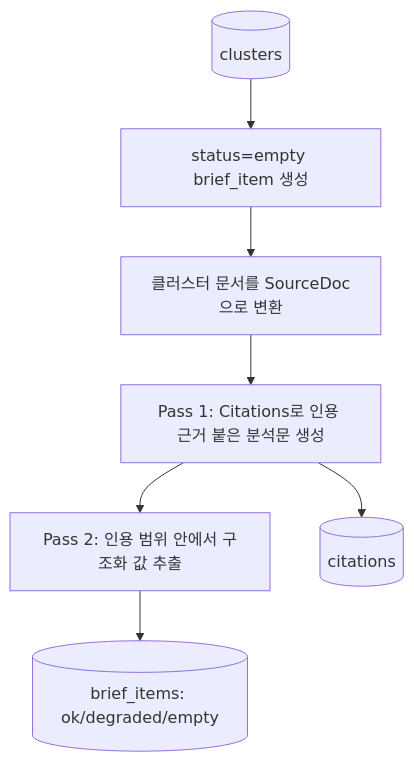
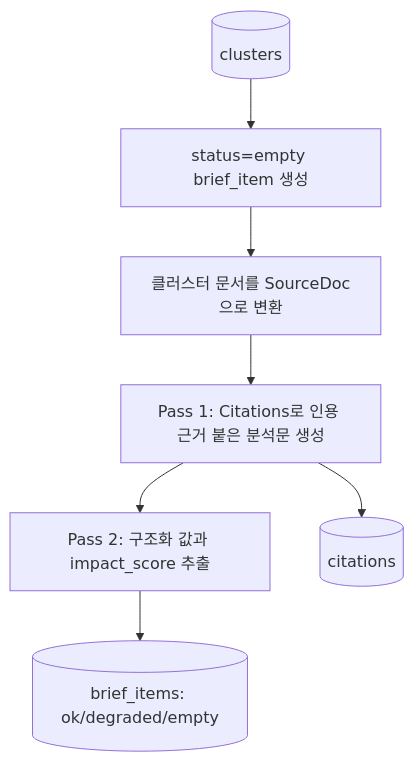
One commit to SJayKim/finance_agent changed the third of 5 diagrams in docs/learnings/03-impact-pipeline.md. Above: the diagram before and after it, drawn with Mermaid. The commit also changed other lines of this file and 10 other files, not shown here.

````diff
--- a/docs/learnings/03-impact-pipeline.md
+++ b/docs/learnings/03-impact-pipeline.md
@@ -66,9 +86,9 @@
 ```mermaid
 flowchart TD
     Clusters[(clusters)] --> EmptyBrief[status=empty brief_item 생성]
     EmptyBrief --> SourceDocs[클러스터 문서를 SourceDoc으로 변환]
     SourceDocs --> Pass1[Pass 1: Citations로 인용 근거 붙은 분석문 생성]
-    Pass1 --> Pass2[Pass 2: 인용 범위 안에서 구조화 값 추출]
+    Pass1 --> Pass2[Pass 2: 구조화 값과 impact_score 추출]
     Pass2 --> Brief[(brief_items: ok/degraded/empty)]
     Pass1 --> Citation[(citations)]
 ```
````
